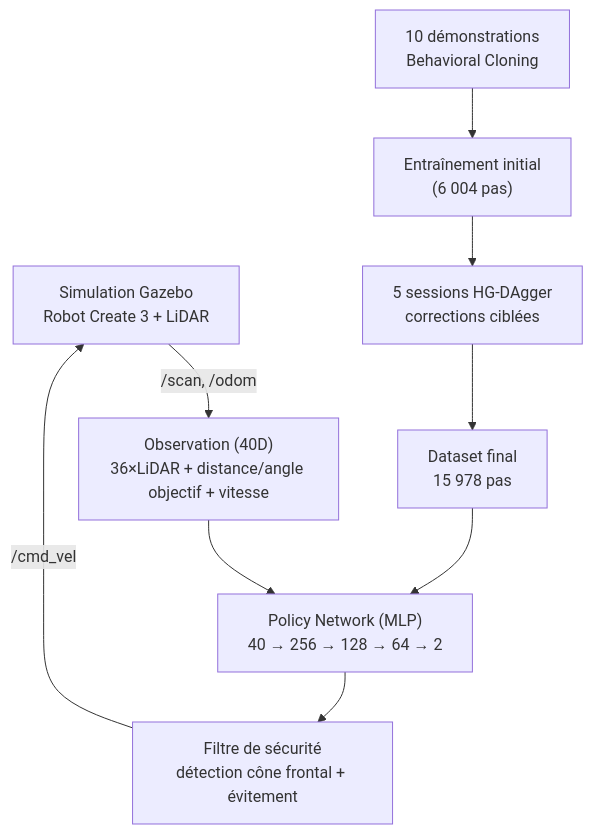
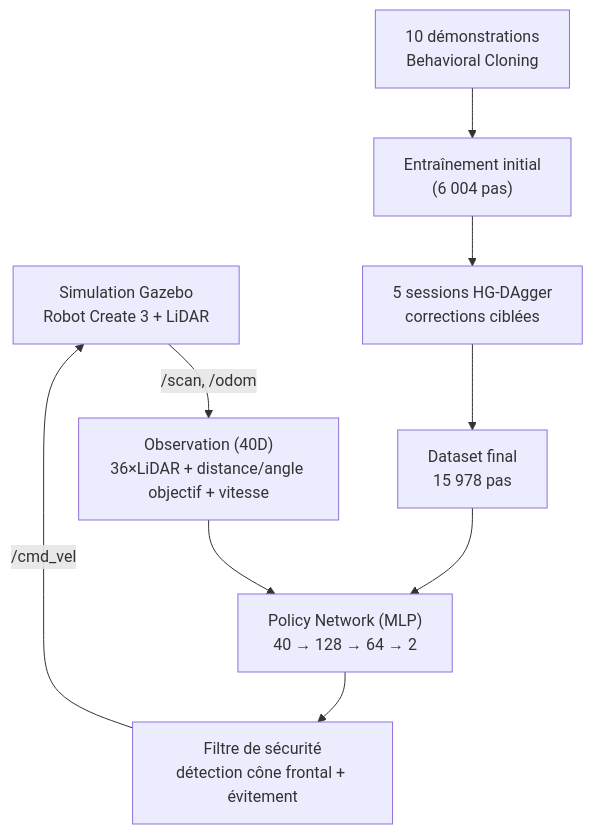
One commit to qamarfrikha-a11y/imitation-learning-create3 changed the diagram in README.md. Above: the diagram before and after it, drawn with Mermaid. The commit also changed other lines of this file, not shown here.

Commit message:
fix: correction architecture MLP dans le diagramme

````diff
--- a/README.md
+++ b/README.md
@@ -29,12 +29,12 @@
 ```mermaid
 flowchart TD
     A["Simulation Gazebo<br/>Robot Create 3 + LiDAR"] -->|"/scan, /odom"| B["Observation (40D)<br/>36×LiDAR + distance/angle objectif + vitesse"]
-    B --> C["Policy Network (MLP)<br/>40 → 256 → 128 → 64 → 2"]
+    B --> C["Policy Network (MLP)<br/>40 → 128 → 64 → 2"]
     C --> D["Filtre de sécurité<br/>détection cône frontal + évitement"]
     D -->|"/cmd_vel"| A
 
     E["10 démonstrations<br/>Behavioral Cloning"] --> F["Entraînement initial<br/>(6 004 pas)"]
     F --> G["5 sessions HG-DAgger<br/>corrections ciblées"]
     G --> H["Dataset final<br/>15 978 pas"]
     H --> C
 ```
````
